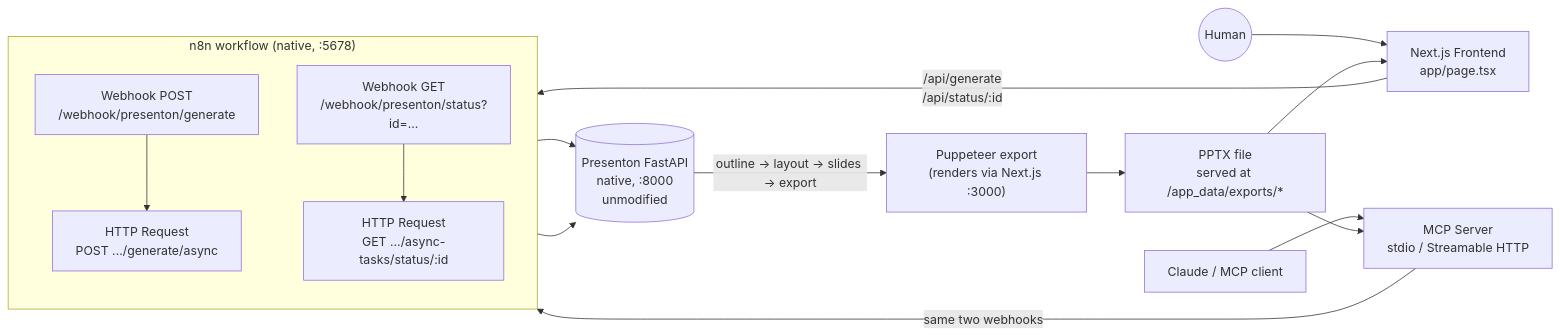
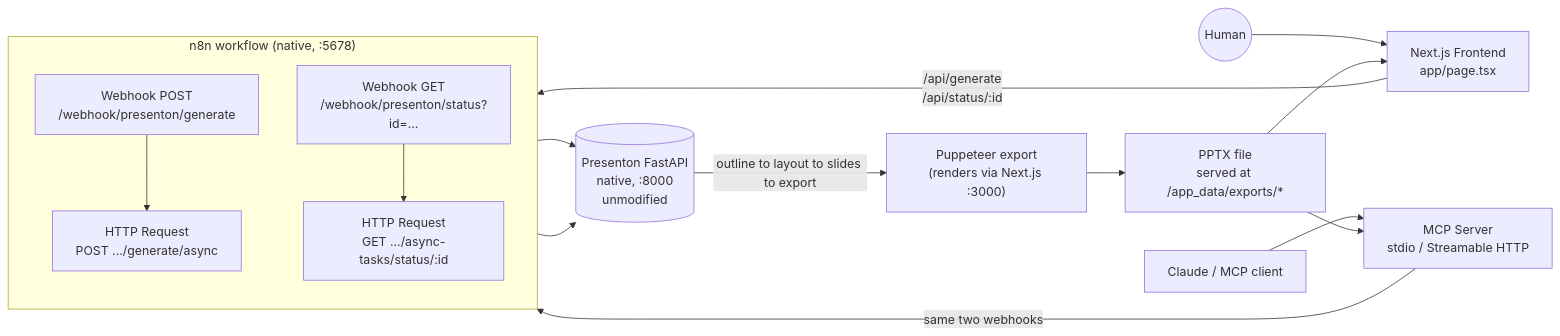
The diagram in README.md (rishabhgangrade27/presentation-automation-suite), drawn with Mermaid before and after one commit. The commit also changed other lines of this file and 2 other files, not shown here.

````diff
--- a/README.md
+++ b/README.md
@@ -24,24 +25,24 @@
 ```mermaid
 flowchart LR
     User(("Human"))
     AI["Claude / MCP client"]
 
     User --> FE["Next.js Frontend<br/>app/page.tsx"]
     AI --> MCP["MCP Server<br/>stdio / Streamable HTTP"]
 
     FE -->|"/api/generate<br/>/api/status/:id"| N8N
     MCP -->|"same two webhooks"| N8N
 
     subgraph N8N["n8n workflow (native, :5678)"]
         direction TB
         W1["Webhook POST<br/>/webhook/presenton/generate"] --> H1["HTTP Request<br/>POST .../generate/async"]
         W2["Webhook GET<br/>/webhook/presenton/status?id=..."] --> H2["HTTP Request<br/>GET .../async-tasks/status/:id"]
     end
 
     H1 --> P[("Presenton FastAPI<br/>native, :8000<br/>unmodified")]
     H2 --> P
-    P -->|"outline → layout → slides → export"| Export["Puppeteer export<br/>(renders via Next.js :3000)"]
+    P -->|"outline to layout to slides to export"| Export["Puppeteer export<br/>(renders via Next.js :3000)"]
     Export --> File["PPTX file<br/>served at /app_data/exports/*"]
     File --> FE
     File --> MCP
 ```
````
